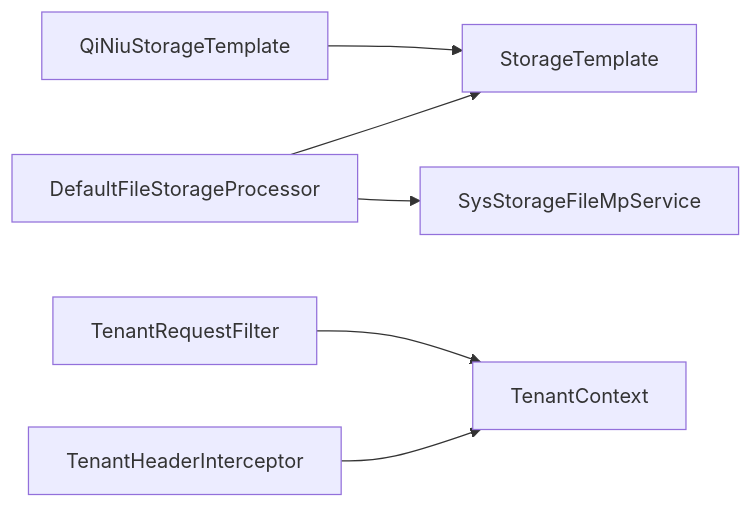
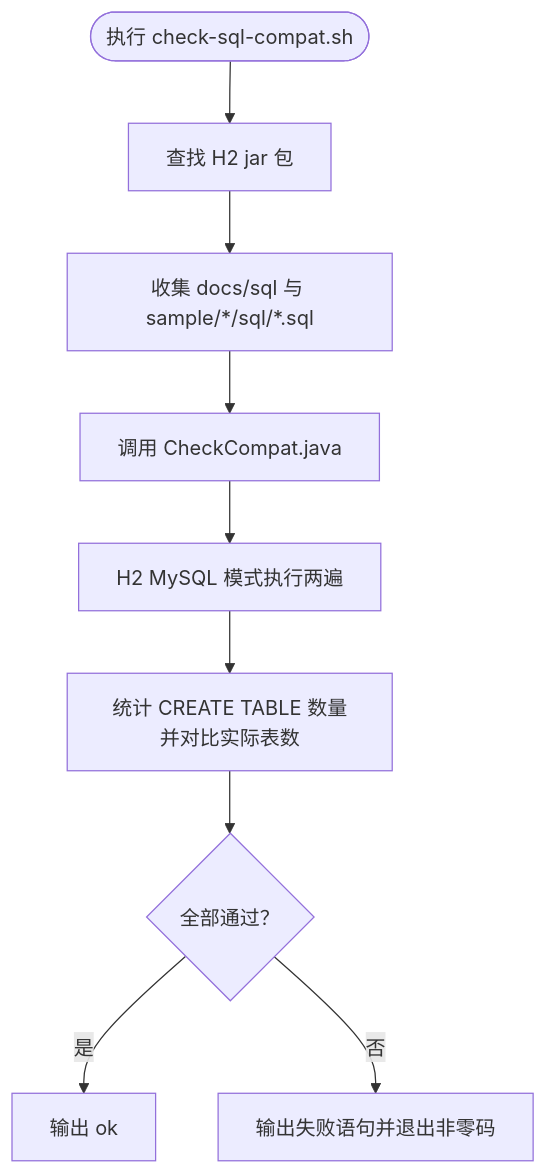
Before and after one commit to LiukewenSC/kewen-framework: the sixth of 6 diagrams in .qoder/repowiki/zh/content/故障排除/故障排除.md, drawn with Mermaid. The commit also changed other lines of this file and 195 other files, not shown here.

````diff
--- a/.qoder/repowiki/zh/content/故障排除/故障排除.md
+++ b/.qoder/repowiki/zh/content/故障排除/故障排除.md
@@ -282,8 +331,11 @@
 ```mermaid
-graph LR
-DEF["DefaultFileStorageProcessor"] --> STPL["StorageTemplate"]
-DEF --> MP["SysStorageFileMpService"]
-QN["QiNiuStorageTemplate"] --> STPL
-INT["TenantHeaderInterceptor"] --> CTX["TenantContext"]
-FIL["TenantRequestFilter"] --> CTX
+flowchart TD
+    Start(["执行 check-sql-compat.sh"]) --> FindH2["查找 H2 jar 包"]
+    FindH2 --> CollectSql["收集 docs/sql 与 sample/*/sql/*.sql"]
+    CollectSql --> RunJava["调用 CheckCompat.java"]
+    RunJava --> ExecuteTwice["H2 MySQL 模式执行两遍"]
+    ExecuteTwice --> CheckTables["统计 CREATE TABLE 数量并对比实际表数"]
+    CheckTables --> Result{"全部通过？"}
+    Result -->|是| Success["输出 ok"]
+    Result -->|否| Fail["输出失败语句并退出非零码"]
 ```
````
